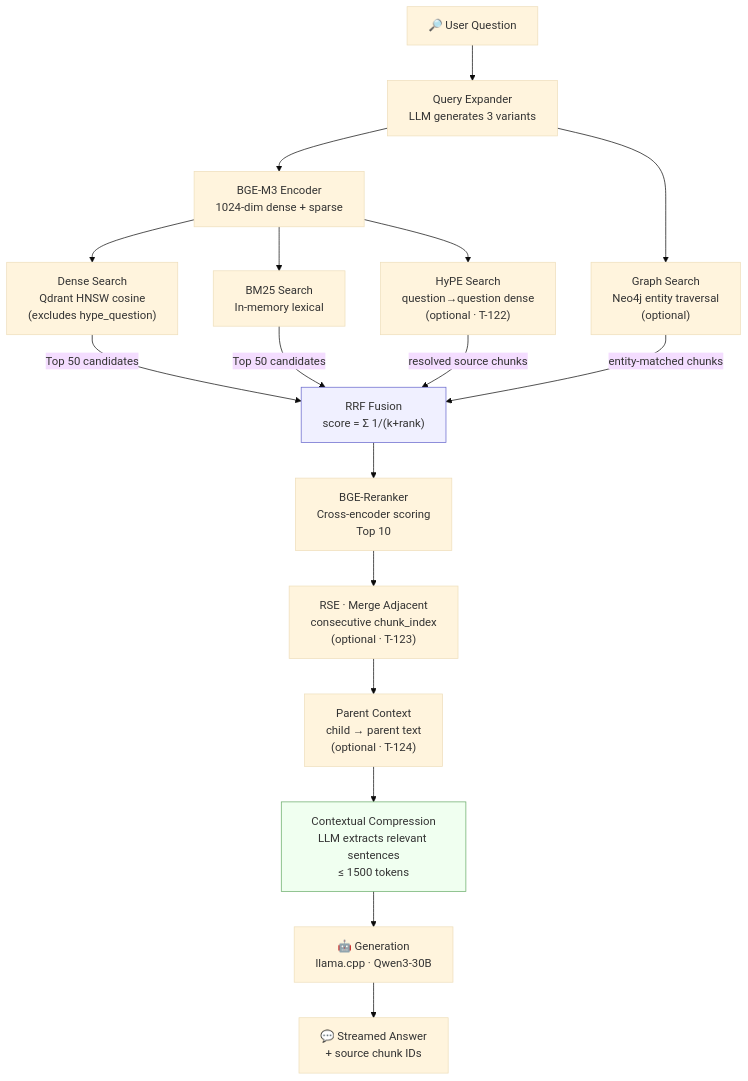
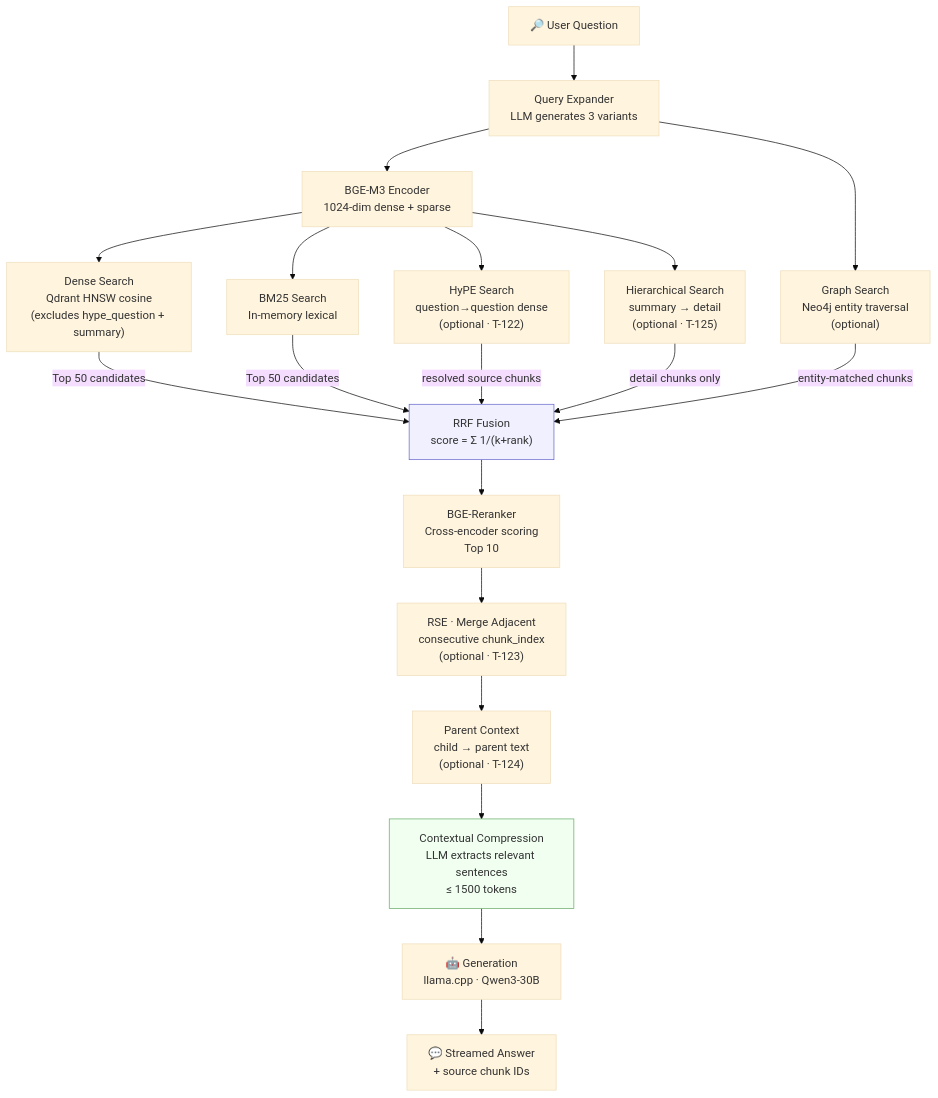
The seventh of 10 diagrams in README.md (ealbertoav/rag_platform), drawn with Mermaid (base theme) before and after one commit. The commit also changed other lines of this file and 20 other files, not shown here.

First line of the commit message:
feat: add hierarchical indexing and retrieval with summary-detail two-stage search

````diff
--- a/README.md
+++ b/README.md
@@ -1168,25 +1200,27 @@
 ```mermaid
 flowchart TD
     Q["🔎 User Question"] --> QE["Query Expander<br/>LLM generates 3 variants"]
     QE --> EMB["BGE-M3 Encoder<br/>1024-dim dense + sparse"]
 
-    EMB --> DS["Dense Search<br/>Qdrant HNSW cosine<br/>(excludes hype_question)"]
+    EMB --> DS["Dense Search<br/>Qdrant HNSW cosine<br/>(excludes hype_question + summary)"]
     EMB --> BS["BM25 Search<br/>In-memory lexical"]
     EMB --> HS["HyPE Search<br/>question→question dense<br/>(optional · T-122)"]
+    EMB --> HRS["Hierarchical Search<br/>summary → detail<br/>(optional · T-125)"]
     QE --> GS["Graph Search<br/>Neo4j entity traversal<br/>(optional)"]
 
     DS -->|Top 50 candidates| RRF["RRF Fusion<br/>score = Σ 1/(k+rank)"]
     BS -->|Top 50 candidates| RRF
     HS -->|resolved source chunks| RRF
+    HRS -->|detail chunks only| RRF
     GS -->|entity-matched chunks| RRF
 
     RRF --> RR["BGE-Reranker<br/>Cross-encoder scoring<br/>Top 10"]
     RR --> RSE["RSE · Merge Adjacent<br/>consecutive chunk_index<br/>(optional · T-123)"]
     RSE --> PC["Parent Context<br/>child → parent text<br/>(optional · T-124)"]
     PC --> CTX["Contextual Compression<br/>LLM extracts relevant sentences<br/>≤ 1500 tokens"]
     CTX --> GEN["🤖 Generation<br/>llama.cpp · Qwen3-30B"]
     GEN --> ANS["💬 Streamed Answer<br/>+ source chunk IDs"]
 
     style RRF fill:#f0f0ff,stroke:#6666cc
     style CTX fill:#f0fff0,stroke:#66aa66
 ```
````
